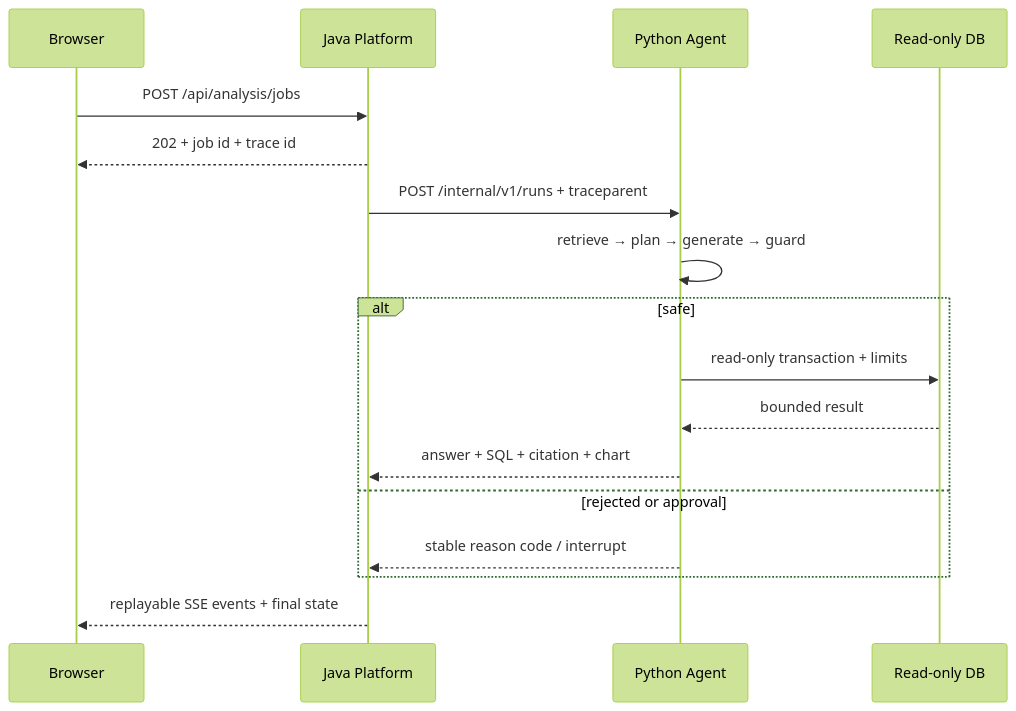
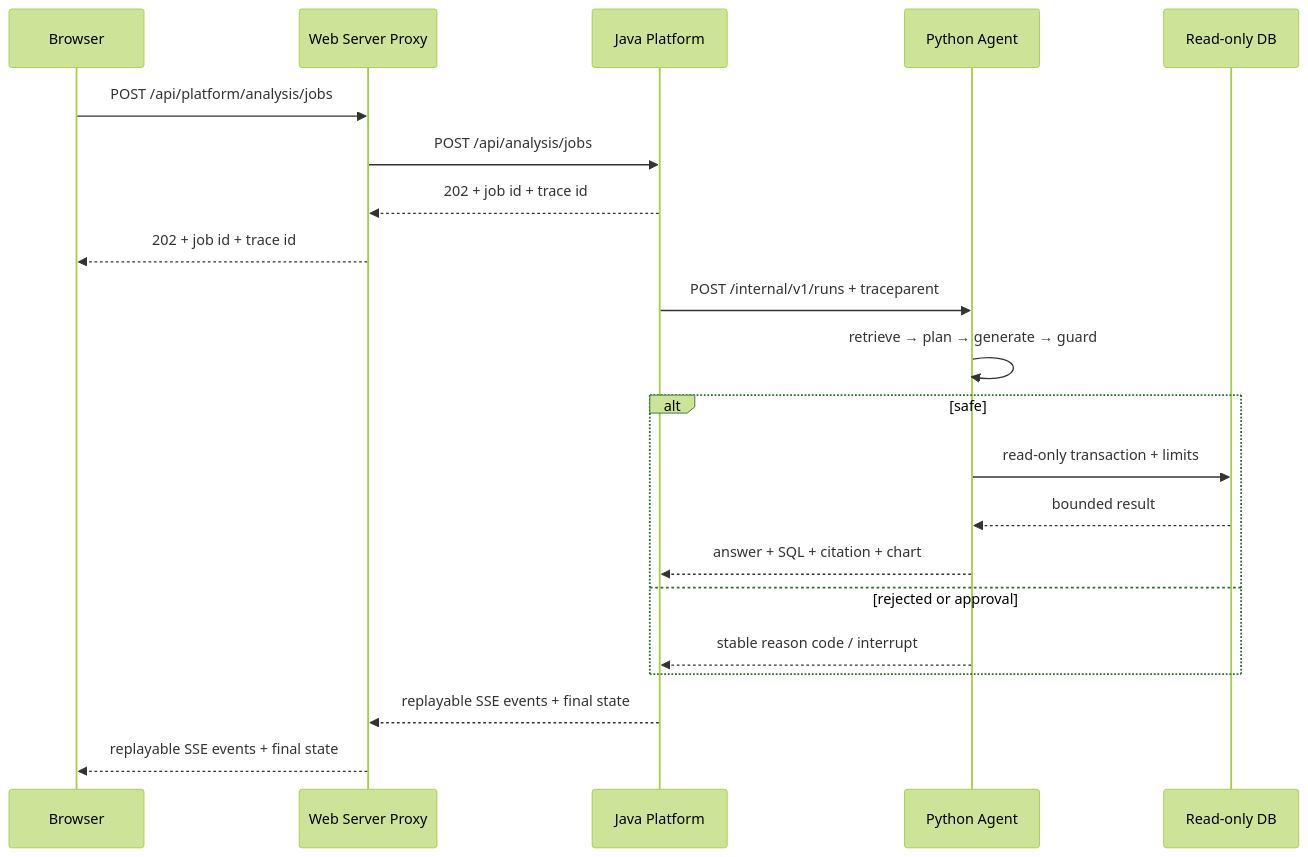
Before and after one commit to Colin781/enterprise-data-copilot: the second of 2 diagrams in README.md, drawn with Mermaid (forest theme). The commit also changed other lines of this file and 100 other files, not shown here.

Commit message:
feat: complete enterprise RAG, GraphRAG, MCP and learning roadmap upgrades

````diff
--- a/README.md
+++ b/README.md
@@ -35,19 +38,23 @@
 ```mermaid
 sequenceDiagram
     participant U as Browser
+    participant W as Web Server Proxy
     participant J as Java Platform
     participant P as Python Agent
     participant D as Read-only DB
-    U->>J: POST /api/analysis/jobs
-    J-->>U: 202 + job id + trace id
+    U->>W: POST /api/platform/analysis/jobs
+    W->>J: POST /api/analysis/jobs
+    J-->>W: 202 + job id + trace id
+    W-->>U: 202 + job id + trace id
     J->>P: POST /internal/v1/runs + traceparent
     P->>P: retrieve → plan → generate → guard
     alt safe
         P->>D: read-only transaction + limits
         D-->>P: bounded result
         P-->>J: answer + SQL + citation + chart
     else rejected or approval
         P-->>J: stable reason code / interrupt
     end
-    J-->>U: replayable SSE events + final state
+    J-->>W: replayable SSE events + final state
+    W-->>U: replayable SSE events + final state
 ```
````
